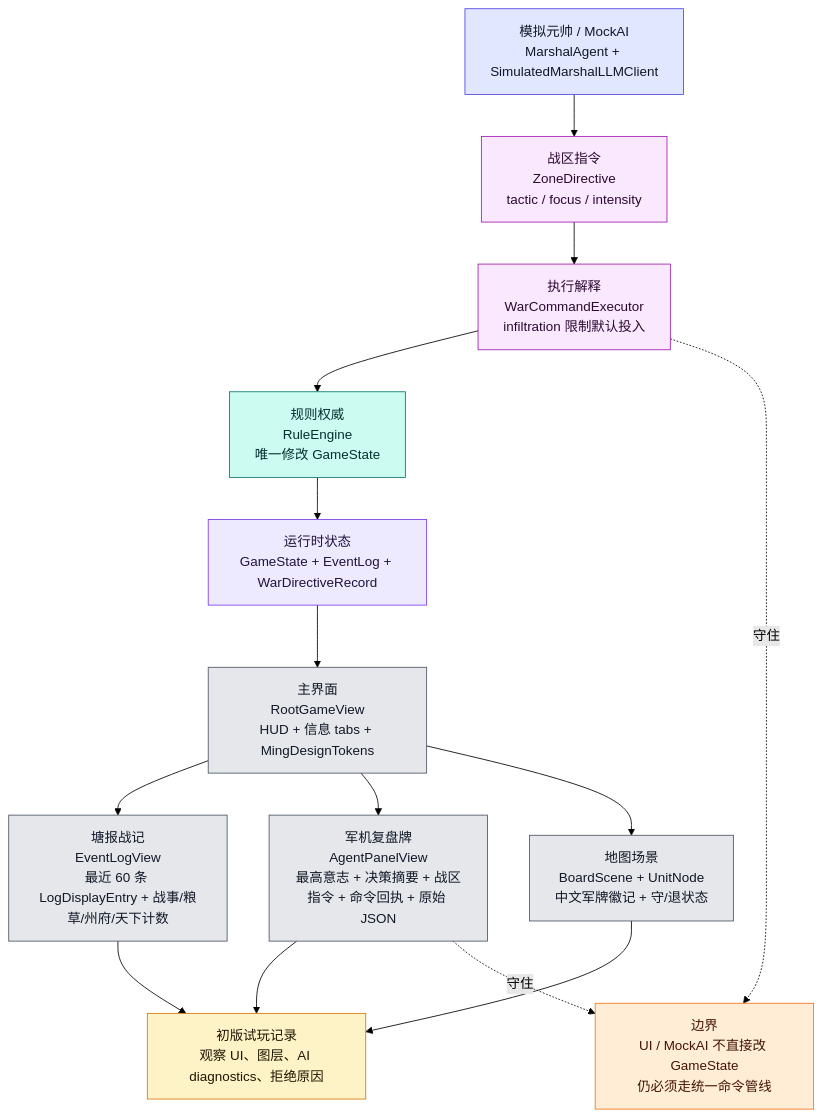
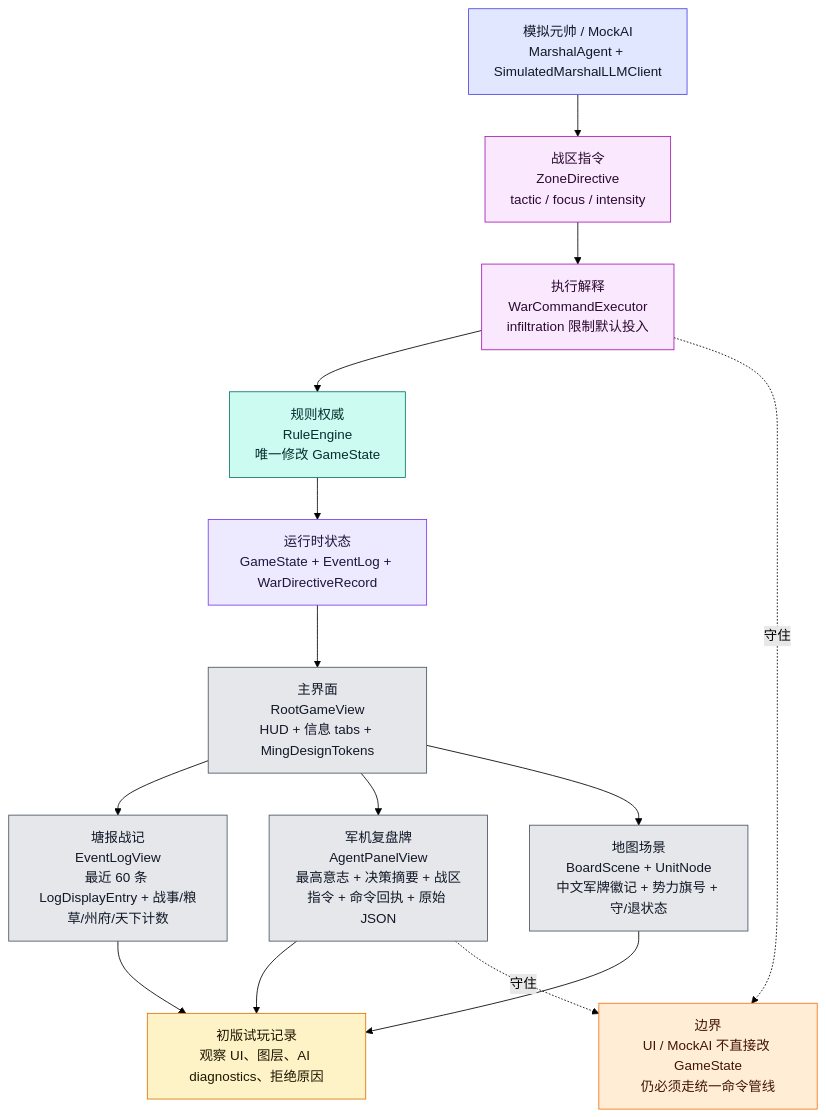
One commit to Altman-sam114/123 changed the eighth of 9 diagrams in md/flow/flowchart.md. Above: the diagram before and after it, drawn with Mermaid (forest theme). The commit also changed other lines of this file and 13 other files, not shown here.

````diff
--- a/md/flow/flowchart.md
+++ b/md/flow/flowchart.md
@@ -456,34 +456,34 @@
 ```mermaid
 flowchart TD
     STATE["运行时状态<br/>GameState + EventLog + WarDirectiveRecord"]:::state
     ROOT["主界面<br/>RootGameView<br/>HUD + 信息 tabs + MingDesignTokens"]:::ui
     LOG["塘报战记<br/>EventLogView<br/>最近 60 条 LogDisplayEntry + 战事/粮草/州府/天下计数"]:::ui
     AIUI["军机复盘牌<br/>AgentPanelView<br/>最高意志 + 决策摘要 + 战区指令 + 命令回执 + 原始 JSON"]:::ui
-    BOARD["地图场景<br/>BoardScene + UnitNode<br/>中文军牌徽记 + 守/退状态"]:::ui
+    BOARD["地图场景<br/>BoardScene + UnitNode<br/>中文军牌徽记 + 势力旗号 + 守/退状态"]:::ui
     MARSHAL["模拟元帅 / MockAI<br/>MarshalAgent + SimulatedMarshalLLMClient"]:::ai
     ZD["战区指令<br/>ZoneDirective<br/>tactic / focus / intensity"]:::command
     WCE["执行解释<br/>WarCommandExecutor<br/>infiltration 限制默认投入"]:::command
     RULE["规则权威<br/>RuleEngine<br/>唯一修改 GameState"]:::rules
     PLAYTEST["初版试玩记录<br/>观察 UI、图层、AI diagnostics、拒绝原因"]:::doc
 
     STATE --> ROOT
     ROOT --> LOG
     ROOT --> AIUI
     ROOT --> BOARD
     MARSHAL --> ZD --> WCE --> RULE --> STATE
     AIUI --> PLAYTEST
     LOG --> PLAYTEST
     BOARD --> PLAYTEST
 
     WARN["边界<br/>UI / MockAI 不直接改 GameState<br/>仍必须走统一命令管线"]:::warn
     AIUI -.守住.-> WARN
     WCE -.守住.-> WARN
 
     classDef state fill:#ede9fe,stroke:#7c3aed,color:#1f143d
     classDef ui fill:#e5e7eb,stroke:#4b5563,color:#111827
     classDef ai fill:#e0e7ff,stroke:#4f46e5,color:#111827
     classDef command fill:#fae8ff,stroke:#a21caf,color:#2a0a2f
     classDef rules fill:#ccfbf1,stroke:#0f766e,color:#042f2e
     classDef doc fill:#fef3c7,stroke:#d97706,color:#1f1600
     classDef warn fill:#ffedd5,stroke:#f97316,color:#431407
 ```
````
